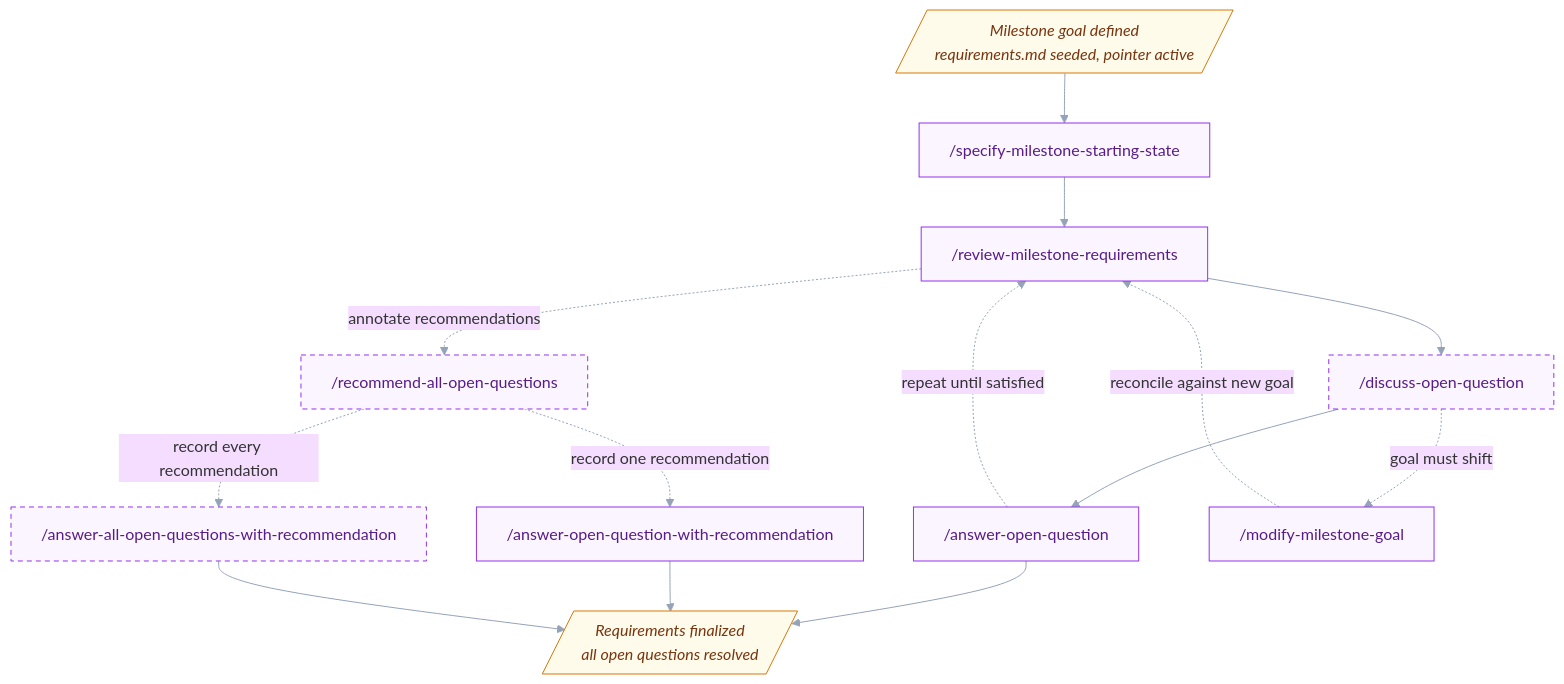
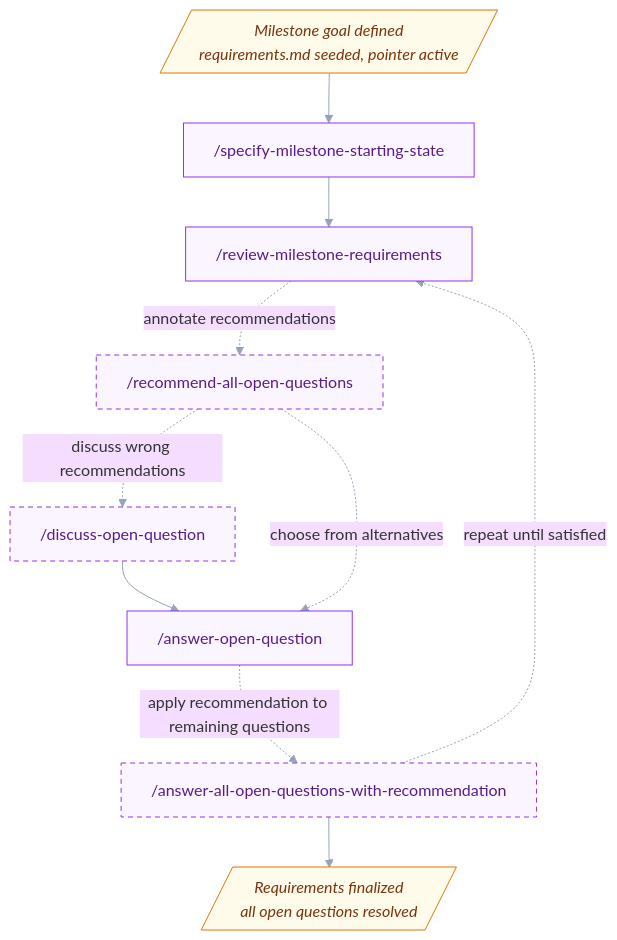
Before and after one commit to uHappyLogic/cairn: the third of 6 diagrams in README.md, drawn with Mermaid.

Commit message:
Clearing up the Iterating milestone requirements description

````diff
--- a/README.md
+++ b/README.md
@@ -106,33 +106,31 @@
 ```mermaid
 %%{init: {'theme':'base','themeVariables':{'fontFamily':'ui-sans-serif, system-ui','lineColor':'#94a3b8','primaryBorderColor':'#475569'},'flowchart':{'wrappingWidth':9999,'curve':'basis'}}}%%
 flowchart TD
     D1[/"Milestone goal defined<br/>requirements.md seeded, pointer active"/]
     ITM0["/specify-milestone-starting-state"]
     ITM1["/review-milestone-requirements"]
     ITM3["/discuss-open-question"]
     ITM4["/answer-open-question"]
     ITM5["/recommend-all-open-questions"]
-    ITM6["/answer-open-question-with-recommendation"]
     ITM8["/answer-all-open-questions-with-recommendation"]
-    ITM7["/modify-milestone-goal"]
     D2[/"Requirements finalized<br/>all open questions resolved"/]
 
     D1 --> ITM0 --> ITM1
-    ITM1 --> ITM3 --> ITM4
-    ITM3 -.->|goal must shift| ITM7
-    ITM7 -.->|reconcile against new goal| ITM1
-    ITM4 -.->|repeat until satisfied| ITM1
-    ITM4 --> D2
+
     ITM1 -.->|annotate recommendations| ITM5
-    ITM5 -.->|record one recommendation| ITM6
-    ITM5 -.->|record every recommendation| ITM8
-    ITM6 --> D2
+    ITM5 -.->|discuss wrong recommendations| ITM3 --> ITM4
+    ITM5 -.->|choose from alternatives| ITM4
+
+    ITM4 -.->|apply recommendation to remaining questions| ITM8
+
+    ITM8 -.->|repeat until satisfied| ITM1
+
     ITM8 --> D2
 
     classDef req fill:#faf5ff,stroke:#9333ea,color:#581c87;
     classDef optional stroke-dasharray:5 4;
     classDef state fill:#fffbeb,stroke:#d97706,color:#78350f,font-style:italic;
     class ITM0,ITM1,ITM3,ITM4,ITM5,ITM6,ITM7,ITM8 req;
     class ITM3,ITM5,ITM8 optional;
     class D1,D2 state;
 ```
````
